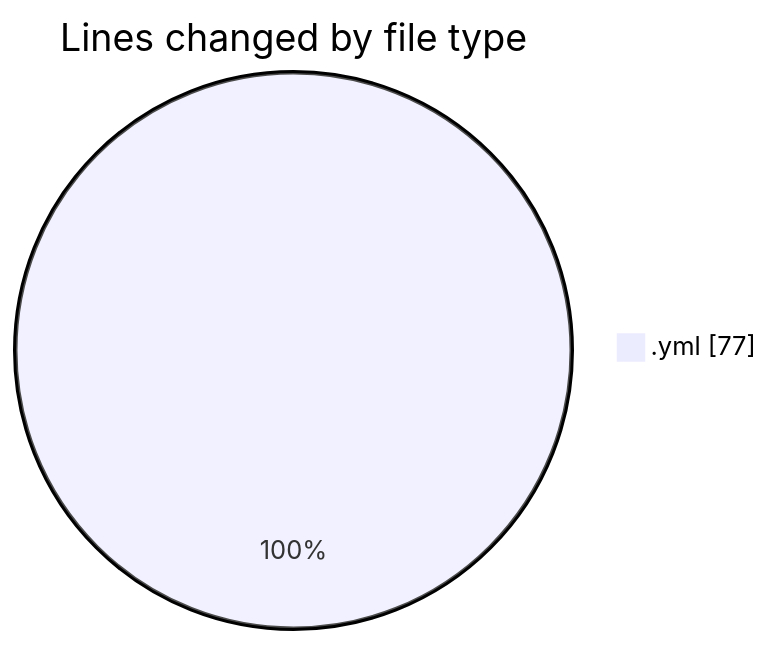
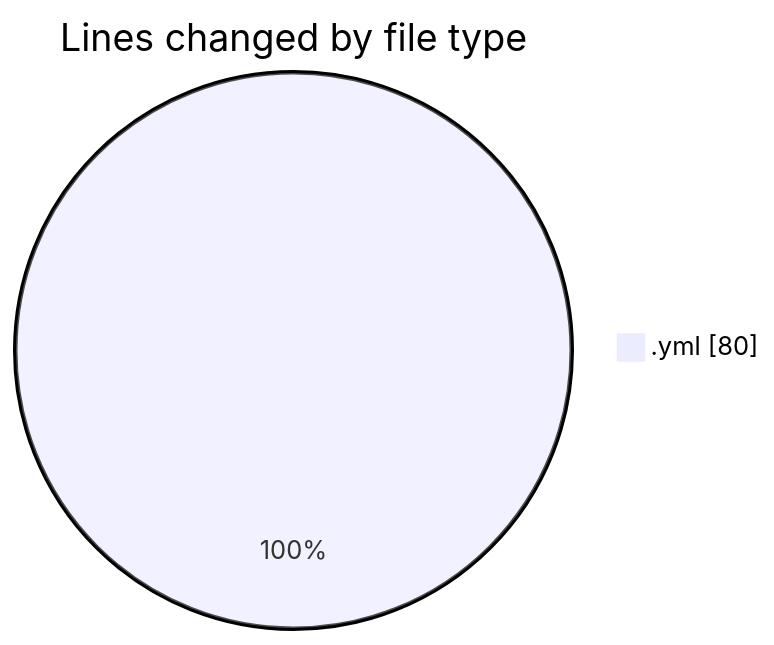
One commit to Netris89/code-tracking changed the first of 2 diagrams in 2025-04-23/back-end/README.md. Above: the diagram before and after it, drawn with Mermaid. The commit also changed other lines of this file and 1 other file, not shown here.

````diff
--- a/2025-04-23/back-end/README.md
+++ b/2025-04-23/back-end/README.md
@@ -20,5 +20,5 @@
 ```mermaid
 pie showData
 title Lines changed by file type
-".yml" : 77
+".yml" : 80
 ```
````
